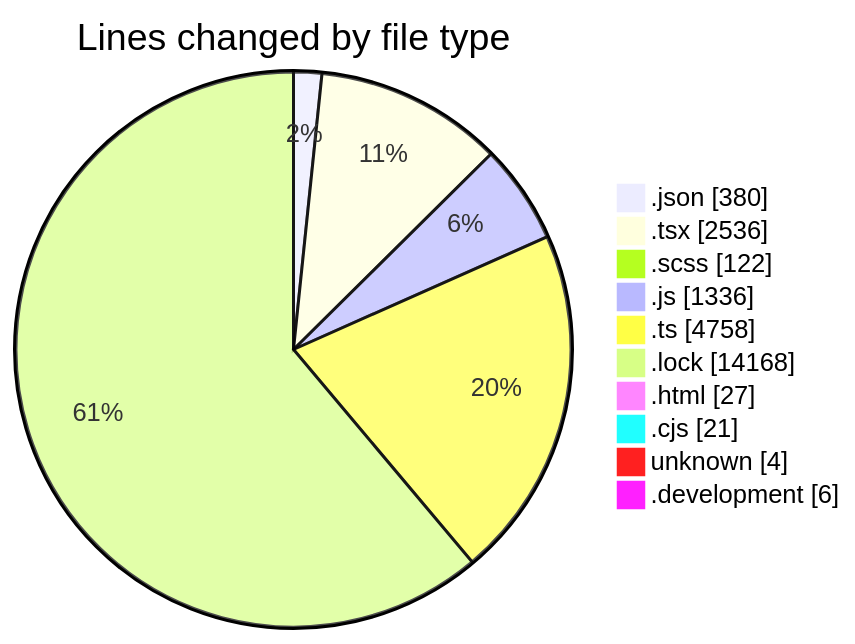
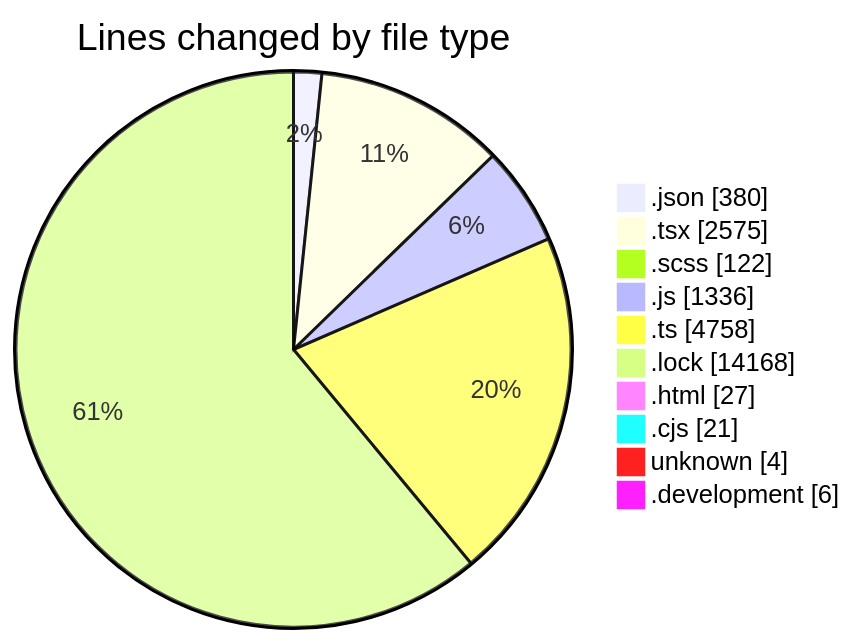
Before and after one commit to momahboobian/code-tracking: the first of 2 diagrams in 2026-09-03/cda/README.md, drawn with Mermaid. The commit also changed other lines of this file and 1 other file, not shown here.

````diff
--- a/2026-09-03/cda/README.md
+++ b/2026-09-03/cda/README.md
@@ -60,14 +61,14 @@
 ```mermaid
 pie showData
 title Lines changed by file type
 ".json" : 380
-".tsx" : 2536
+".tsx" : 2575
 ".scss" : 122
 ".js" : 1336
 ".ts" : 4758
 ".lock" : 14168
 ".html" : 27
 ".cjs" : 21
 "unknown" : 4
 ".development" : 6
 ```
````
